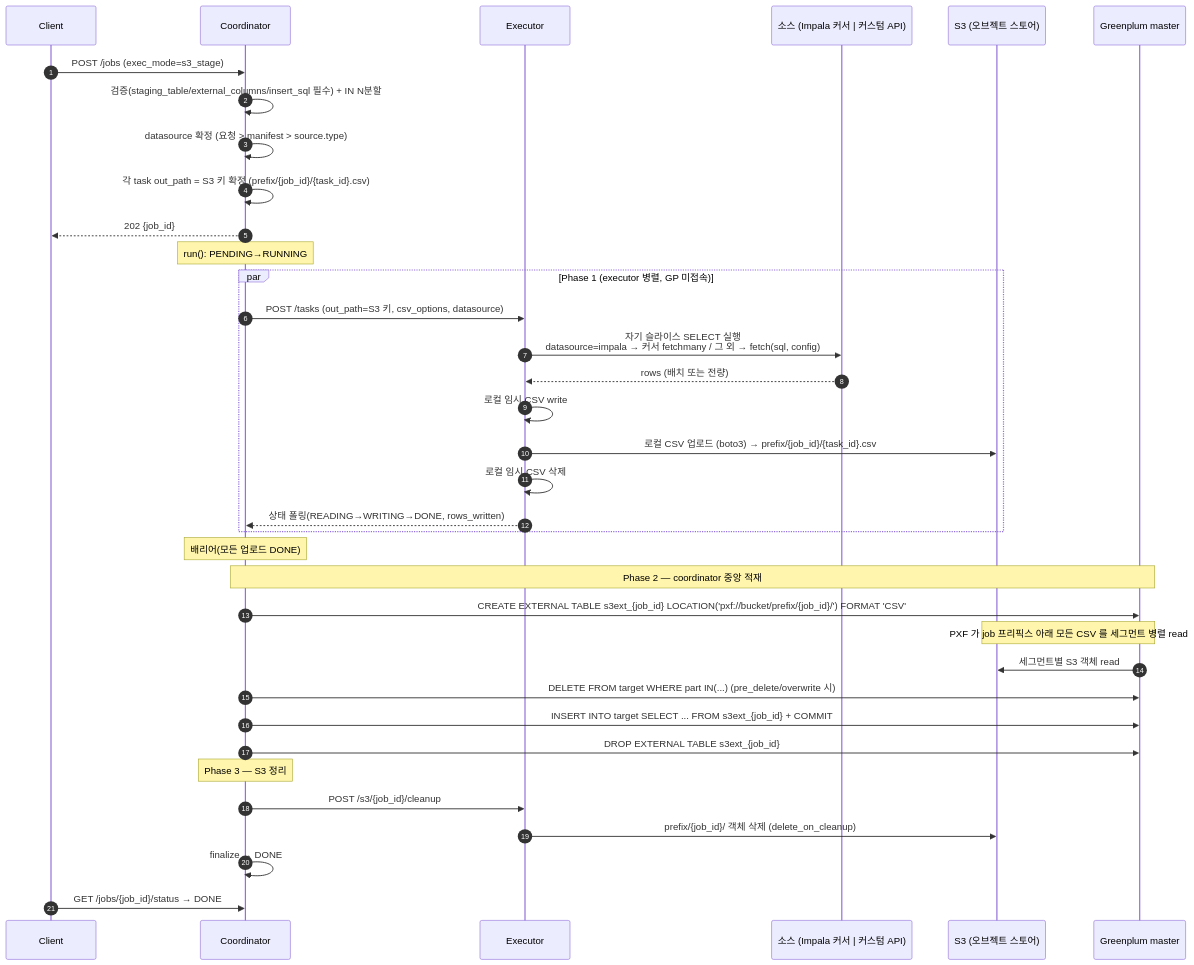
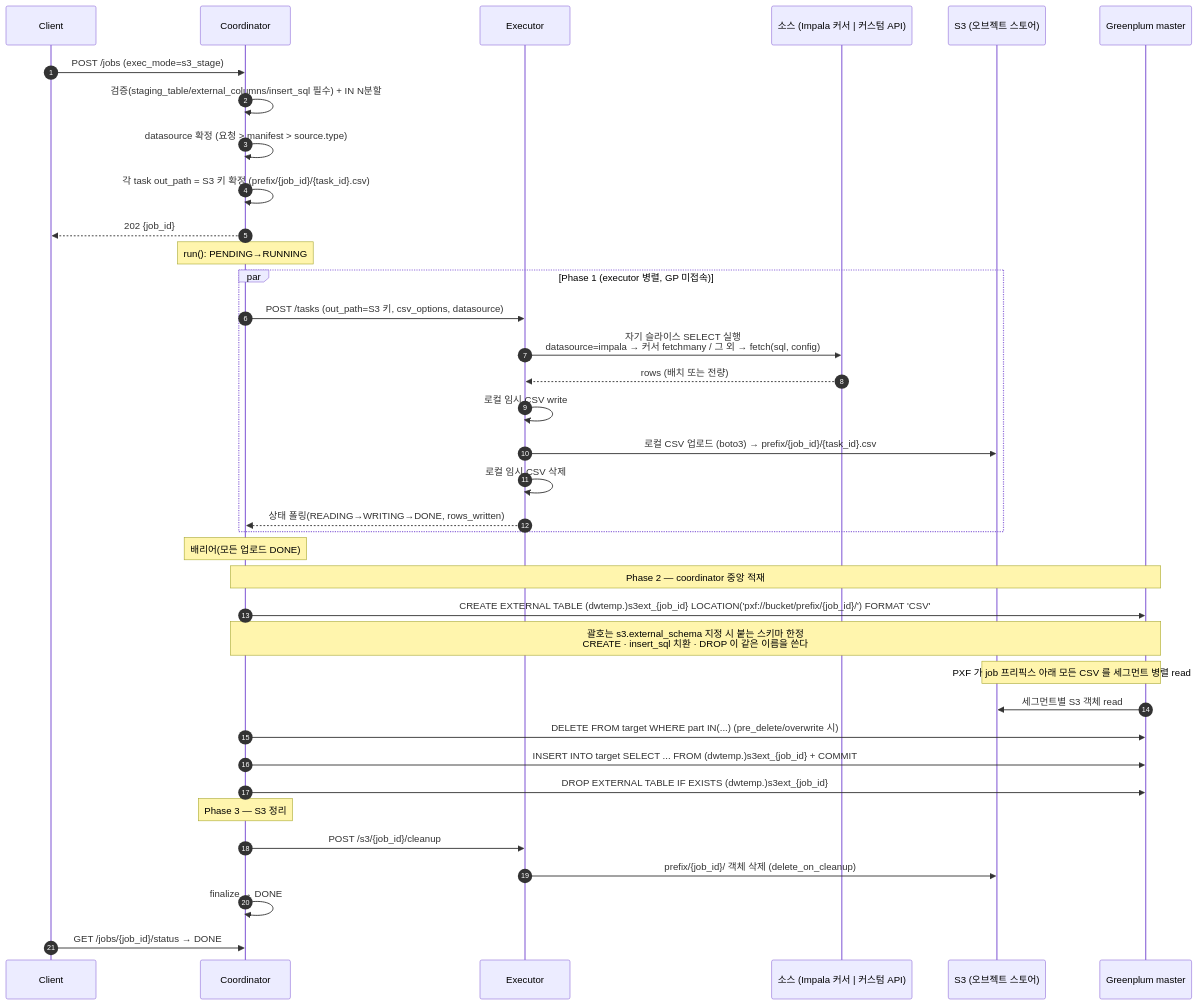
One commit to DataDynamics/distributed-query-executor changed the diagram in docs/images/guide-02.mmd. Above: the diagram before and after it, drawn with Mermaid. The commit also changed 5 other files, not shown here.

First line of the commit message:
docs: README·GUIDE 다이어그램을 현재 코드와 일치시킴

```diff
--- a/docs/images/guide-02.mmd
+++ b/docs/images/guide-02.mmd
@@ -1,37 +1,38 @@
 sequenceDiagram
     autonumber
     participant C as Client
     participant CO as Coordinator
     participant EX as Executor
     participant SRC as 소스 (Impala 커서 | 커스텀 API)
     participant S3 as S3 (오브젝트 스토어)
     participant GP as Greenplum master
 
     C->>CO: POST /jobs (exec_mode=s3_stage)
     CO->>CO: 검증(staging_table/external_columns/insert_sql 필수) + IN N분할
     CO->>CO: datasource 확정 (요청 > manifest > source.type)
     CO->>CO: 각 task out_path = S3 키 확정 (prefix/{job_id}/{task_id}.csv)
     CO-->>C: 202 {job_id}
     Note over CO: run(): PENDING→RUNNING
     par Phase 1 (executor 병렬, GP 미접속)
         CO->>EX: POST /tasks (out_path=S3 키, csv_options, datasource)
         EX->>SRC: 자기 슬라이스 SELECT 실행<br/>datasource=impala → 커서 fetchmany / 그 외 → fetch(sql, config)
         SRC-->>EX: rows (배치 또는 전량)
         EX->>EX: 로컬 임시 CSV write
         EX->>S3: 로컬 CSV 업로드 (boto3) → prefix/{job_id}/{task_id}.csv
         EX->>EX: 로컬 임시 CSV 삭제
         EX-->>CO: 상태 폴링(READING→WRITING→DONE, rows_written)
     end
     Note over CO: 배리어(모든 업로드 DONE)
     Note over CO,GP: Phase 2 — coordinator 중앙 적재
-    CO->>GP: CREATE EXTERNAL TABLE s3ext_{job_id} LOCATION('pxf://bucket/prefix/{job_id}/') FORMAT 'CSV'
+    CO->>GP: CREATE EXTERNAL TABLE (dwtemp.)s3ext_{job_id} LOCATION('pxf://bucket/prefix/{job_id}/') FORMAT 'CSV'
+    Note over CO,GP: 괄호는 s3.external_schema 지정 시 붙는 스키마 한정<br/>CREATE · insert_sql 치환 · DROP 이 같은 이름을 쓴다
     Note over GP,S3: PXF 가 job 프리픽스 아래 모든 CSV 를 세그먼트 병렬 read
     GP->>S3: 세그먼트별 S3 객체 read
     CO->>GP: DELETE FROM target WHERE part IN(...)  (pre_delete/overwrite 시)
-    CO->>GP: INSERT INTO target SELECT ... FROM s3ext_{job_id} + COMMIT
-    CO->>GP: DROP EXTERNAL TABLE s3ext_{job_id}
+    CO->>GP: INSERT INTO target SELECT ... FROM (dwtemp.)s3ext_{job_id} + COMMIT
+    CO->>GP: DROP EXTERNAL TABLE IF EXISTS (dwtemp.)s3ext_{job_id}
     Note over CO: Phase 3 — S3 정리
     CO->>EX: POST /s3/{job_id}/cleanup
     EX->>S3: prefix/{job_id}/ 객체 삭제 (delete_on_cleanup)
     CO->>CO: finalize → DONE
     C->>CO: GET /jobs/{job_id}/status → DONE
```
